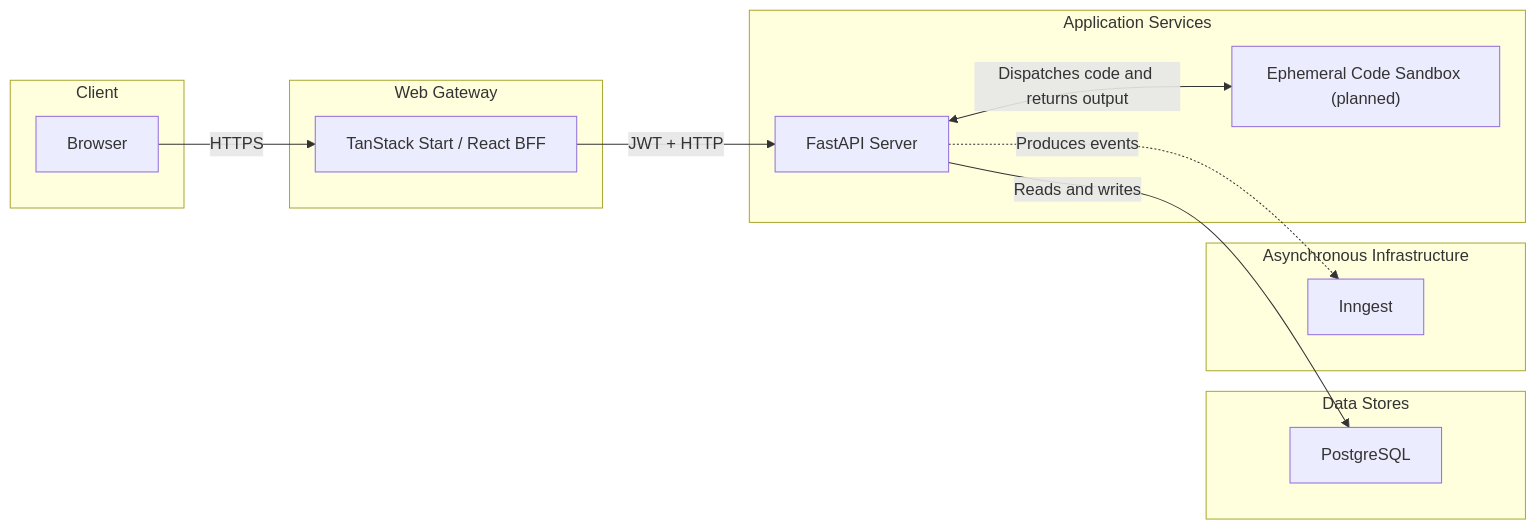
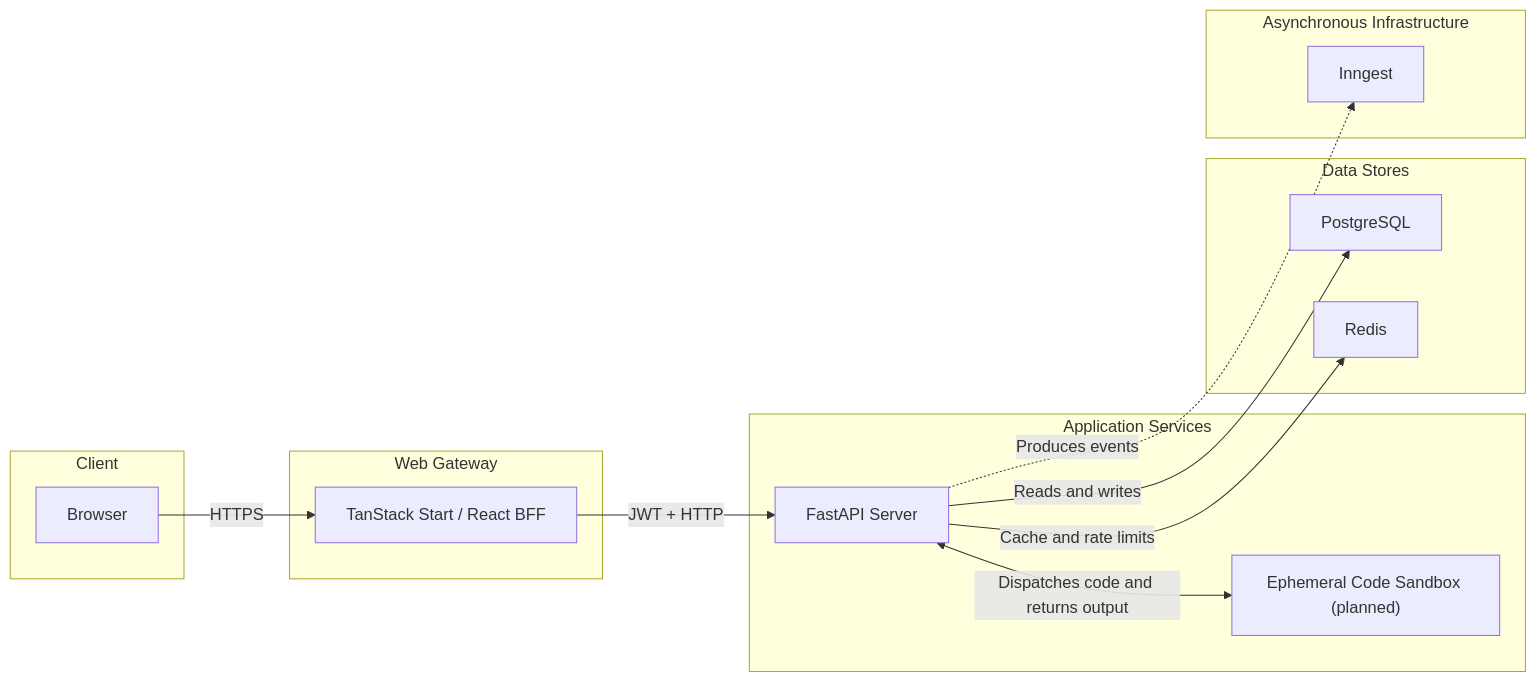
Before and after one commit to CtrI-Alt-Del/shifu: the diagram in documentation/architecture.md, drawn with Mermaid. The commit also changed other lines of this file and 13 other files, not shown here.

Commit message:
fix(core): SHIFU-72 support authenticated navigation under rate limits

````diff
--- a/documentation/architecture.md
+++ b/documentation/architecture.md
@@ -43,29 +44,31 @@
 ```mermaid
 flowchart LR
     subgraph client ["Client"]
         browser[Browser]
     end
 
     subgraph gateway ["Web Gateway"]
         web["TanStack Start / React BFF"]
     end
 
     subgraph service ["Application Services"]
         api["FastAPI Server"]
         sandbox["Ephemeral Code Sandbox (planned)"]
     end
 
     subgraph datastore ["Data Stores"]
         postgres[PostgreSQL]
+        redis[Redis]
     end
 
     subgraph async ["Asynchronous Infrastructure"]
         inngest[Inngest]
     end
 
     browser -->|"HTTPS"| web
     web -->|"JWT + HTTP"| api
     api -->|"Reads and writes"| postgres
+    api -->|"Cache and rate limits"| redis
     api -.->|"Produces events"| inngest
     api <-->|"Dispatches code and returns output"| sandbox
 ```
````
